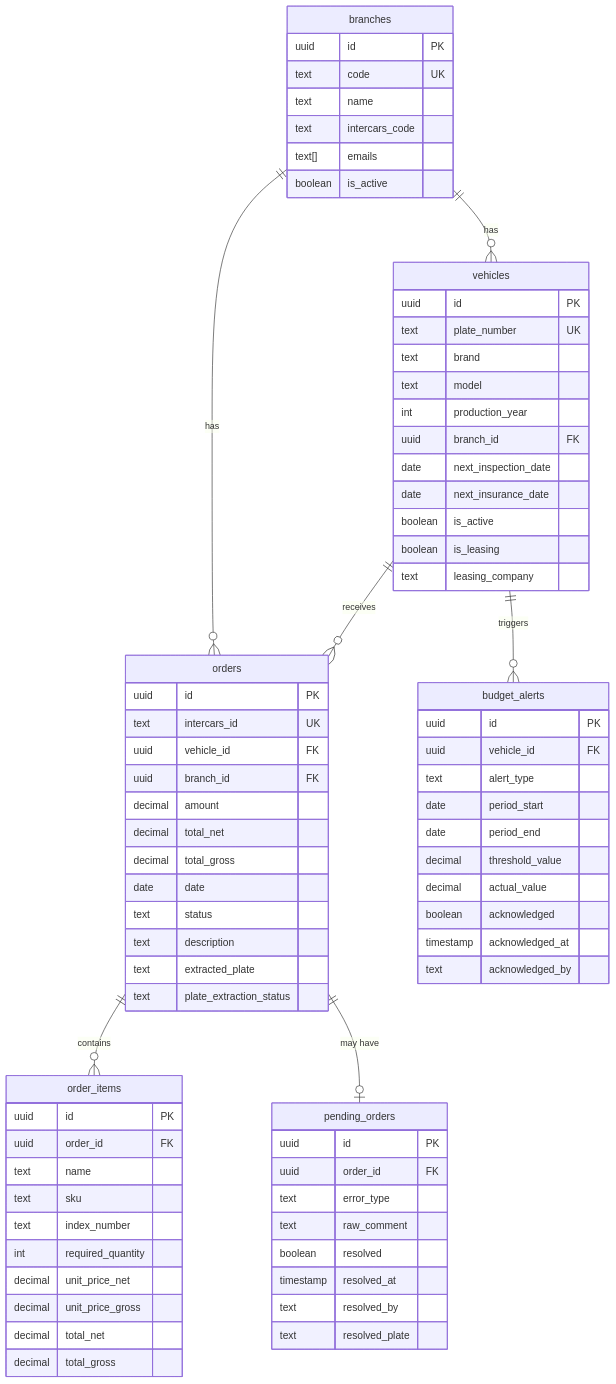
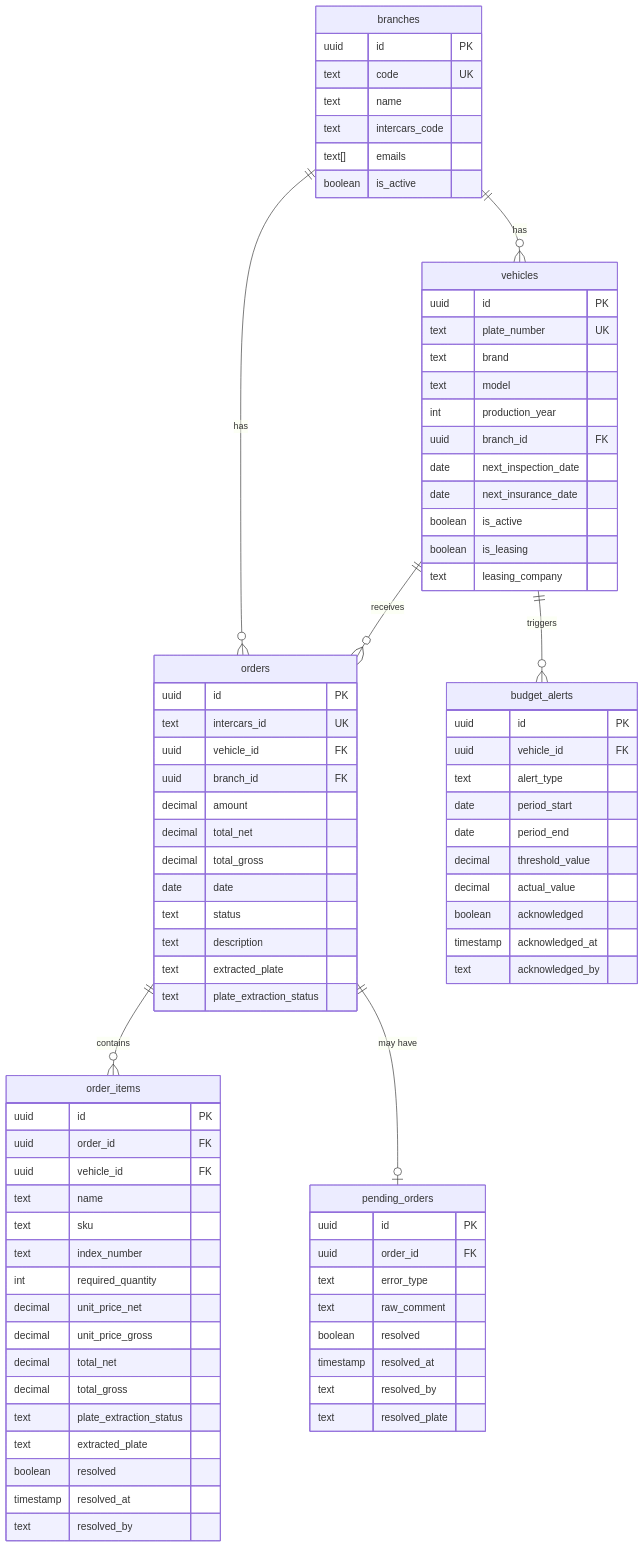
Before and after one commit to Fluinty/FleetManager: the second of 4 diagrams in SPECS.md, drawn with Mermaid. The commit also changed other lines of this file and 1 other file, not shown here.

```diff
--- a/SPECS.md
+++ b/SPECS.md
@@ -246,6 +247,7 @@
     order_items {
         uuid id PK
         uuid order_id FK
+        uuid vehicle_id FK
         text name
         text sku
         text index_number
@@ -254,6 +256,11 @@
         decimal unit_price_gross
         decimal total_net
         decimal total_gross
+        text plate_extraction_status
+        text extracted_plate
+        boolean resolved
+        timestamp resolved_at
+        text resolved_by
     }
 
     pending_orders {
```
